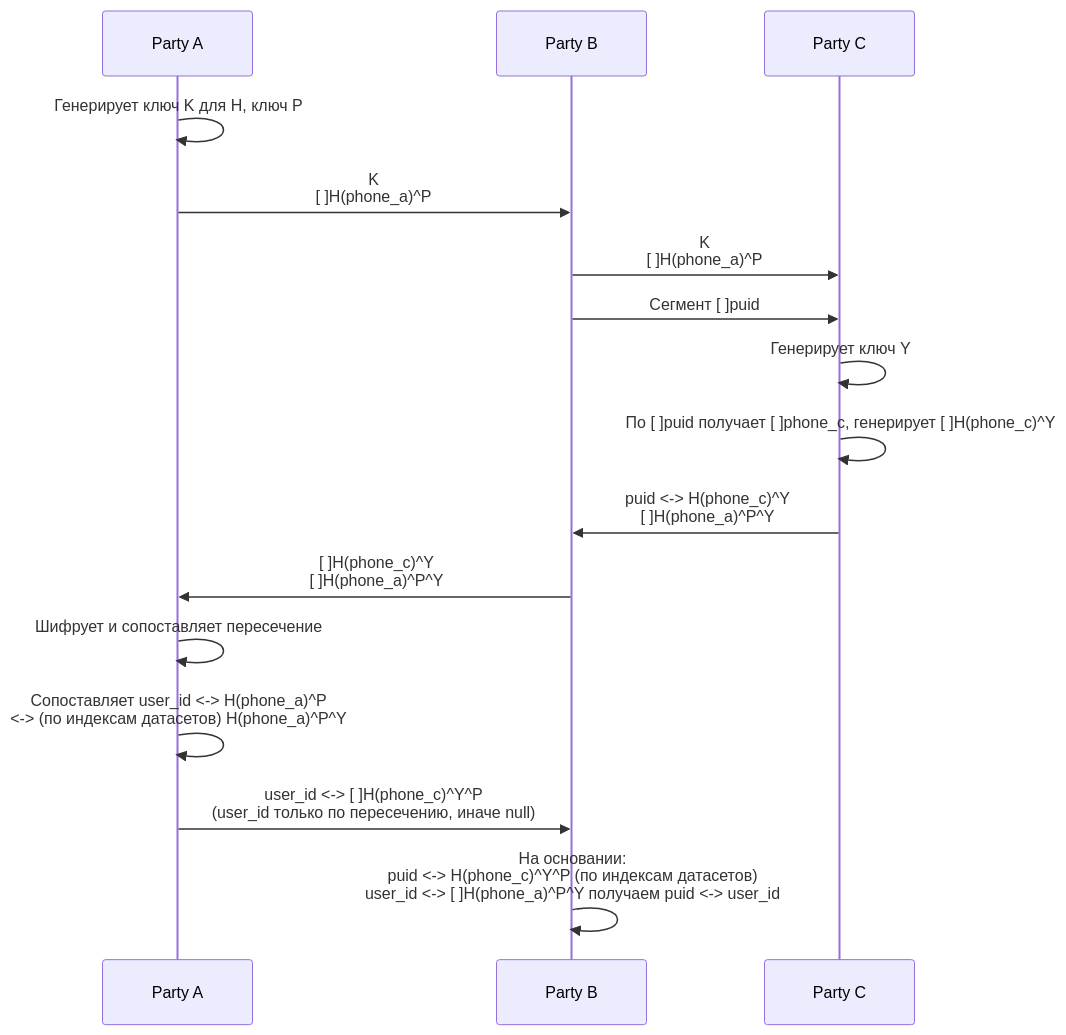
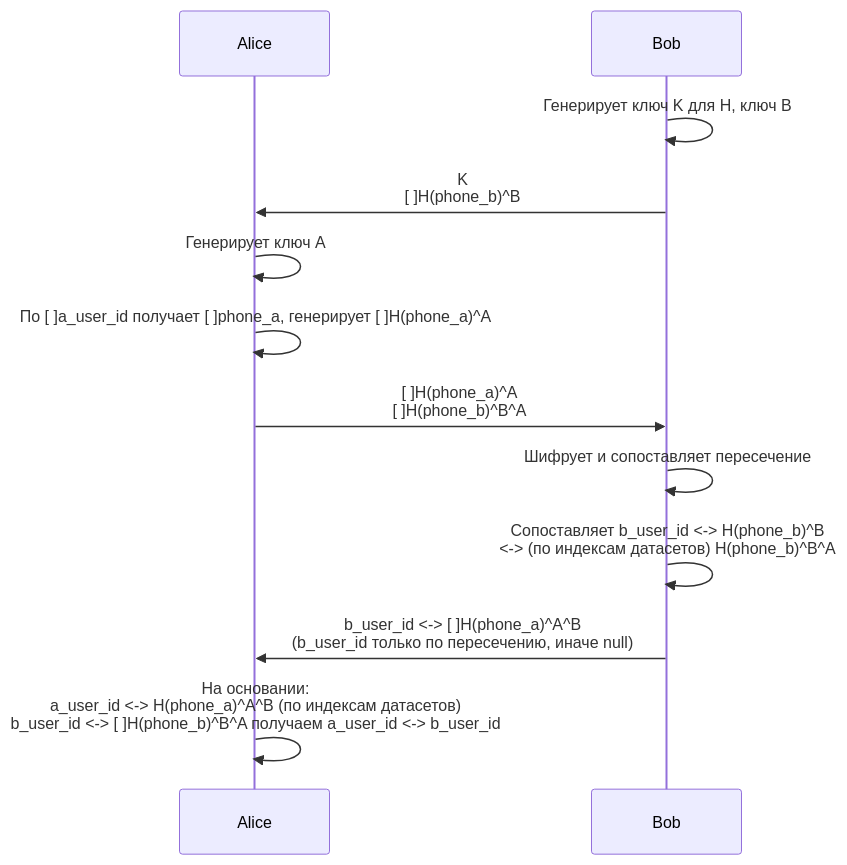
The diagram in README.md (pkositsyn/psi), drawn with Mermaid before and after one commit. The commit also changed other lines of this file and 17 other files, not shown here.

````diff
--- a/README.md
+++ b/README.md
@@ -7,28 +7,23 @@
 ```mermaid
 sequenceDiagram
 
-participant A as Party A
-participant B as Party B
-participant C as Party C
+participant alice as Alice
+participant bob as Bob
 
-A->>A: Генерирует ключ K для H, ключ P
+bob->>bob: Генерирует ключ K для H, ключ B
 
-A->>B: K <br>[ ]H(phone_a)^P
+bob->>alice: K <br>[ ]H(phone_b)^B
 
-B->>C: K <br>[ ]H(phone_a)^P
-B->>C: Сегмент [ ]puid
+alice->>alice: Генерирует ключ A
+alice->>alice: По [ ]a_user_id получает [ ]phone_a, генерирует [ ]H(phone_a)^A
 
-C->>C: Генерирует ключ Y
-C->>C: По [ ]puid получает [ ]phone_c, генерирует [ ]H(phone_c)^Y
+alice->>bob: [ ]H(phone_a)^A <br>[ ]H(phone_b)^B^A
 
-C->>B: puid <-> H(phone_c)^Y <br>[ ]H(phone_a)^P^Y
-B->>A: [ ]H(phone_c)^Y <br>[ ]H(phone_a)^P^Y
+bob->>bob: Шифрует и сопоставляет пересечение
 
-A->>A: Шифрует и сопоставляет пересечение
+bob->>bob: Сопоставляет b_user_id <-> H(phone_b)^B <br><-> (по индексам датасетов) H(phone_b)^B^A
 
-A->>A: Сопоставляет user_id <-> H(phone_a)^P <br><-> (по индексам датасетов) H(phone_a)^P^Y
+bob->>alice: b_user_id <-> [ ]H(phone_a)^A^B <br>(b_user_id только по пересечению, иначе null)
 
-A->>B: user_id <-> [ ]H(phone_c)^Y^P <br>(user_id только по пересечению, иначе null)
-
-B->>B: На основании:<br> puid <-> H(phone_c)^Y^P (по индексам датасетов) <br> user_id <-> [ ]H(phone_a)^P^Y получаем puid <-> user_id
+alice->>alice: На основании:<br> a_user_id <-> H(phone_a)^A^B (по индексам датасетов) <br> b_user_id <-> [ ]H(phone_b)^B^A получаем a_user_id <-> b_user_id
 ```
````
